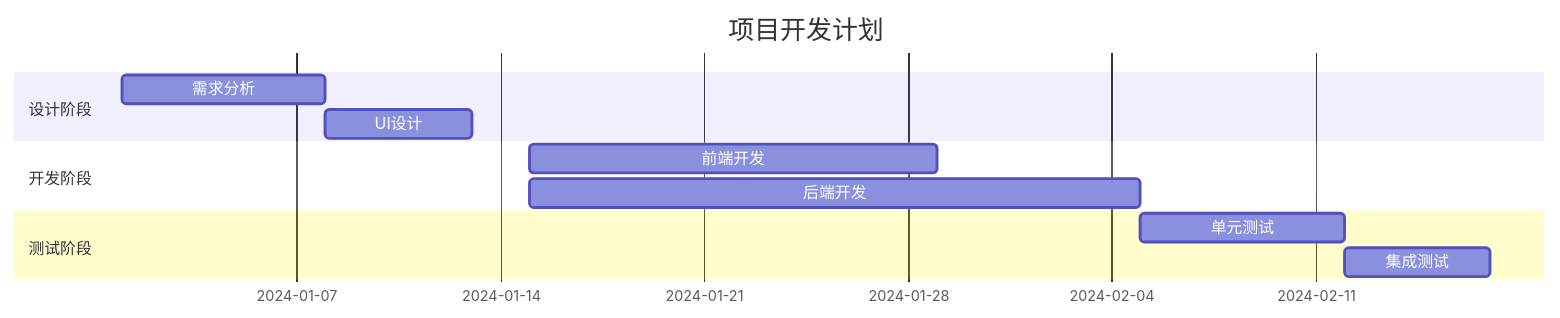
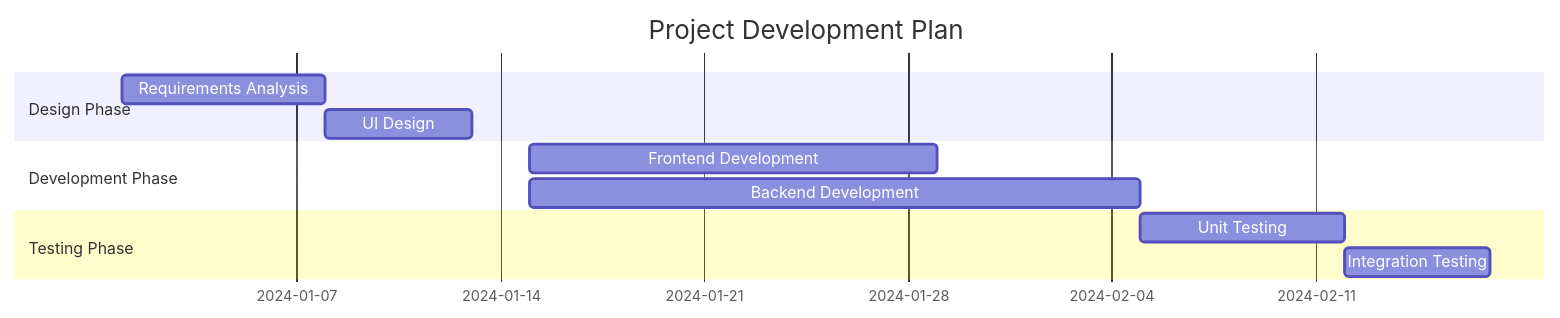
One commit to zhuangbiaowei/vitepress-ospo-writing-project changed the fifth of 8 diagrams in docs/articles/mermaid-diagram-guide.md. Above: the diagram before and after it, drawn with Mermaid. The commit also changed other lines of this file and 182 other files, not shown here.

````diff
--- a/docs/articles/mermaid-diagram-guide.md
+++ b/docs/articles/mermaid-diagram-guide.md
@@ -77,14 +77,14 @@
 ```mermaid
 gantt
-    title 项目开发计划
-    dateFormat  YYYY-MM-DD
-    section 设计阶段
-    需求分析           :2024-01-01, 7d
-    UI设计            :2024-01-08, 5d
-    section 开发阶段
-    前端开发          :2024-01-15, 14d
-    后端开发          :2024-01-15, 21d
-    section 测试阶段
-    单元测试          :2024-02-05, 7d
-    集成测试          :2024-02-12, 5d
+    title Project Development Plan
+    dateFormat YYYY-MM-DD
+    section Design Phase
+    Requirements Analysis    :2024-01-01, 7d
+    UI Design               :2024-01-08, 5d
+    section Development Phase
+    Frontend Development    :2024-01-15, 14d
+    Backend Development     :2024-01-15, 21d
+    section Testing Phase
+    Unit Testing           :2024-02-05, 7d
+    Integration Testing    :2024-02-12, 5d
 ```
````
